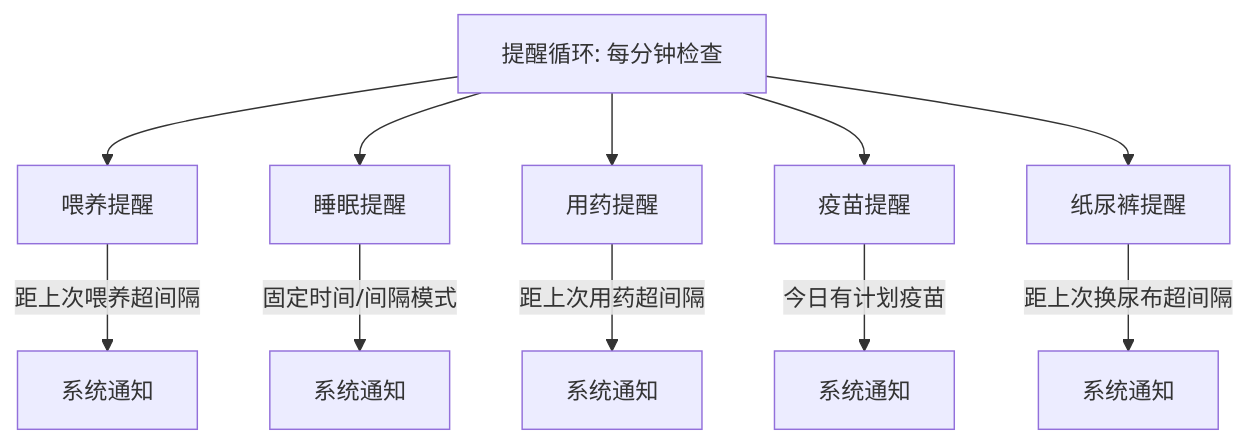
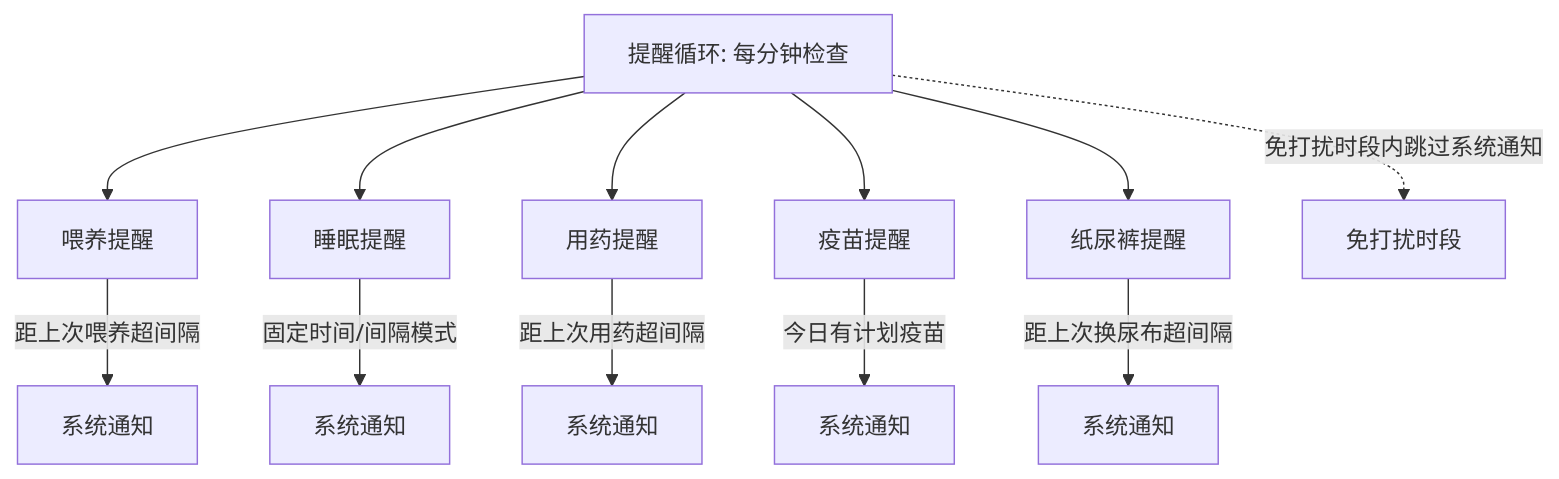
One commit to LostBeanBun/babysitter-react changed the tenth of 13 diagrams in BUSINESS.md. Above: the diagram before and after it, drawn with Mermaid. The commit also changed other lines of this file and 2 other files, not shown here.

````diff
--- a/BUSINESS.md
+++ b/BUSINESS.md
@@ -372,14 +403,16 @@
 ```mermaid
 graph TD
     LOOP[提醒循环: 每分钟检查] --> FEED_R[喂养提醒]
     LOOP --> SLEEP_R[睡眠提醒]
     LOOP --> MED_R[用药提醒]
     LOOP --> VACC_R[疫苗提醒]
     LOOP --> DIAPER_R[纸尿裤提醒]
 
     FEED_R --> |距上次喂养超间隔| NOTIFY1[系统通知]
     SLEEP_R --> |固定时间/间隔模式| NOTIFY2[系统通知]
     MED_R --> |距上次用药超间隔| NOTIFY3[系统通知]
     VACC_R --> |今日有计划疫苗| NOTIFY4[系统通知]
     DIAPER_R --> |距上次换尿布超间隔| NOTIFY5[系统通知]
+
+    LOOP -.免打扰时段内跳过系统通知.-> QUIET[免打扰时段]
 ```
````
